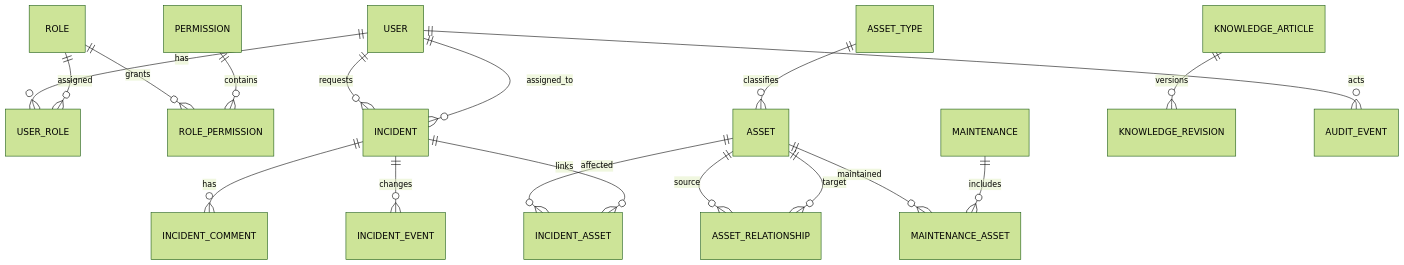
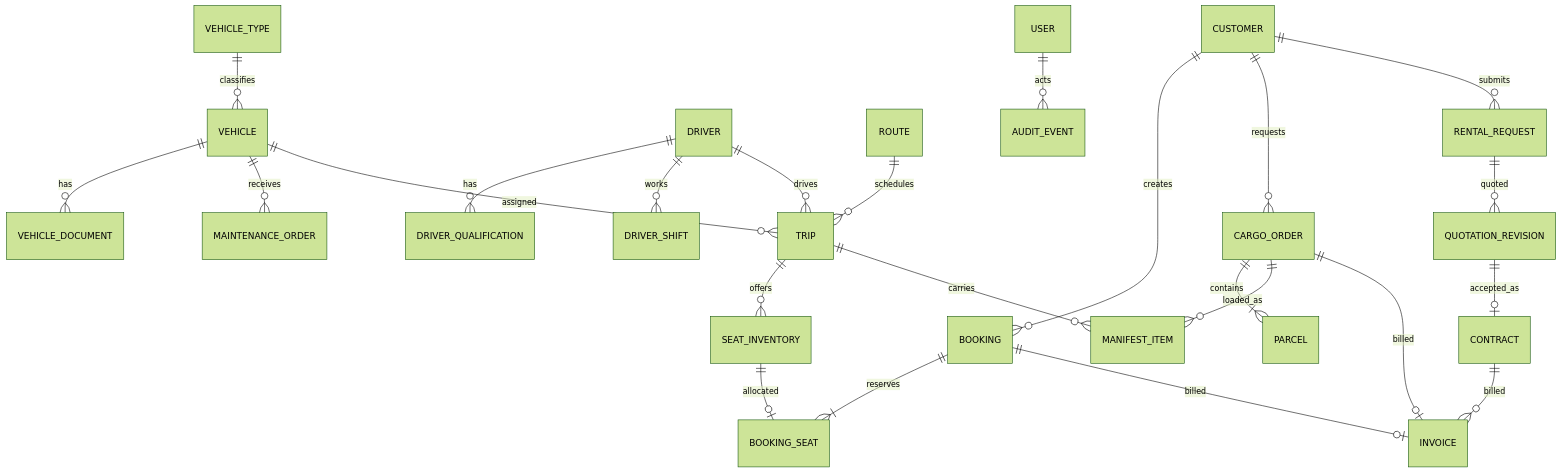
Before and after one commit to QuangHuy71104/kumho-smartops: the third of 6 diagrams in docs/ARCHITECTURE.md, drawn with Mermaid (forest theme). The commit also changed other lines of this file and 113 other files, not shown here.

````diff
--- a/docs/ARCHITECTURE.md
+++ b/docs/ARCHITECTURE.md
@@ -136,20 +129,26 @@
 ```mermaid
 erDiagram
-    USER ||--o{ USER_ROLE : has
-    ROLE ||--o{ USER_ROLE : assigned
-    ROLE ||--o{ ROLE_PERMISSION : grants
-    PERMISSION ||--o{ ROLE_PERMISSION : contains
-    USER ||--o{ INCIDENT : requests
-    USER ||--o{ INCIDENT : assigned_to
-    INCIDENT ||--o{ INCIDENT_COMMENT : has
-    INCIDENT ||--o{ INCIDENT_EVENT : changes
-    ASSET_TYPE ||--o{ ASSET : classifies
-    ASSET ||--o{ ASSET_RELATIONSHIP : source
-    ASSET ||--o{ ASSET_RELATIONSHIP : target
-    ASSET ||--o{ INCIDENT_ASSET : affected
-    INCIDENT ||--o{ INCIDENT_ASSET : links
-    ASSET ||--o{ MAINTENANCE_ASSET : maintained
-    MAINTENANCE ||--o{ MAINTENANCE_ASSET : includes
-    KNOWLEDGE_ARTICLE ||--o{ KNOWLEDGE_REVISION : versions
+    VEHICLE_TYPE ||--o{ VEHICLE : classifies
+    VEHICLE ||--o{ VEHICLE_DOCUMENT : has
+    VEHICLE ||--o{ MAINTENANCE_ORDER : receives
+    DRIVER ||--o{ DRIVER_QUALIFICATION : has
+    DRIVER ||--o{ DRIVER_SHIFT : works
+    ROUTE ||--o{ TRIP : schedules
+    VEHICLE ||--o{ TRIP : assigned
+    DRIVER ||--o{ TRIP : drives
+    TRIP ||--o{ SEAT_INVENTORY : offers
+    CUSTOMER ||--o{ BOOKING : creates
+    BOOKING ||--|{ BOOKING_SEAT : reserves
+    SEAT_INVENTORY ||--o| BOOKING_SEAT : allocated
+    CUSTOMER ||--o{ CARGO_ORDER : requests
+    CARGO_ORDER ||--|{ PARCEL : contains
+    TRIP ||--o{ MANIFEST_ITEM : carries
+    CARGO_ORDER ||--o{ MANIFEST_ITEM : loaded_as
+    CUSTOMER ||--o{ RENTAL_REQUEST : submits
+    RENTAL_REQUEST ||--o{ QUOTATION_REVISION : quoted
+    QUOTATION_REVISION ||--o| CONTRACT : accepted_as
+    BOOKING ||--o| INVOICE : billed
+    CARGO_ORDER ||--o| INVOICE : billed
+    CONTRACT ||--o{ INVOICE : billed
     USER ||--o{ AUDIT_EVENT : acts
 ```
````
